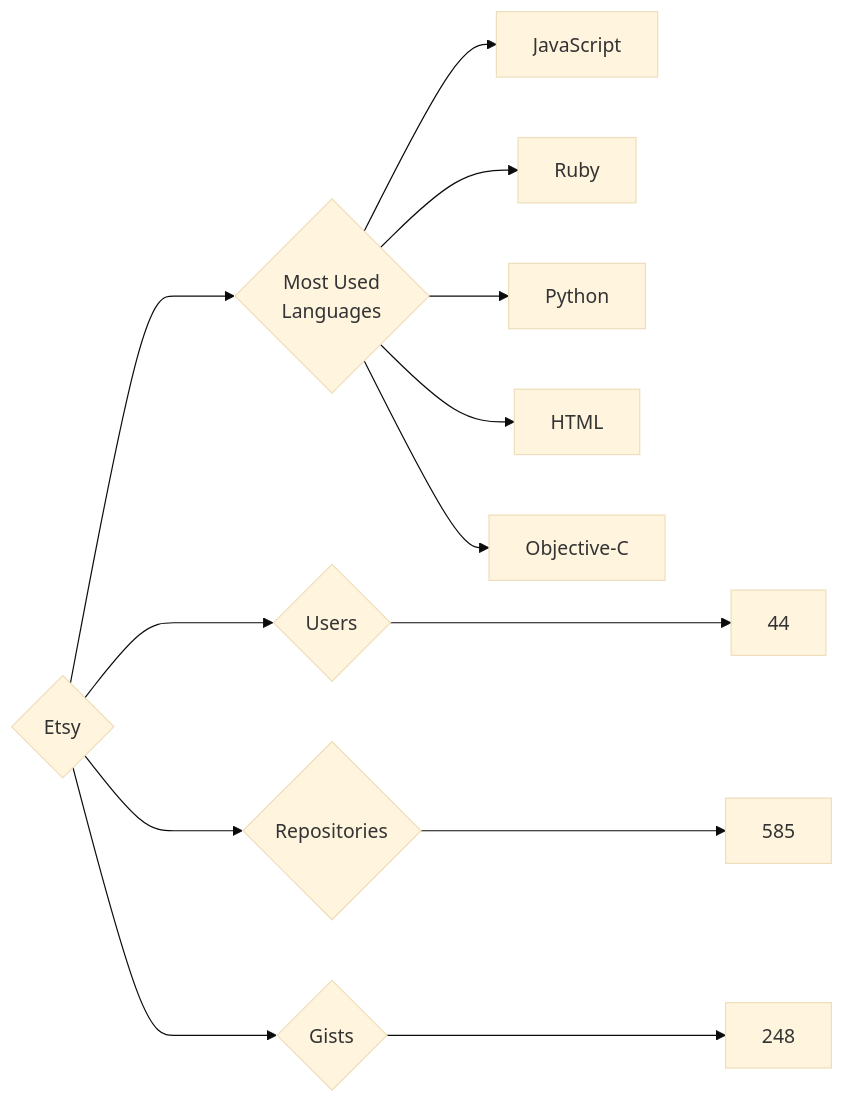
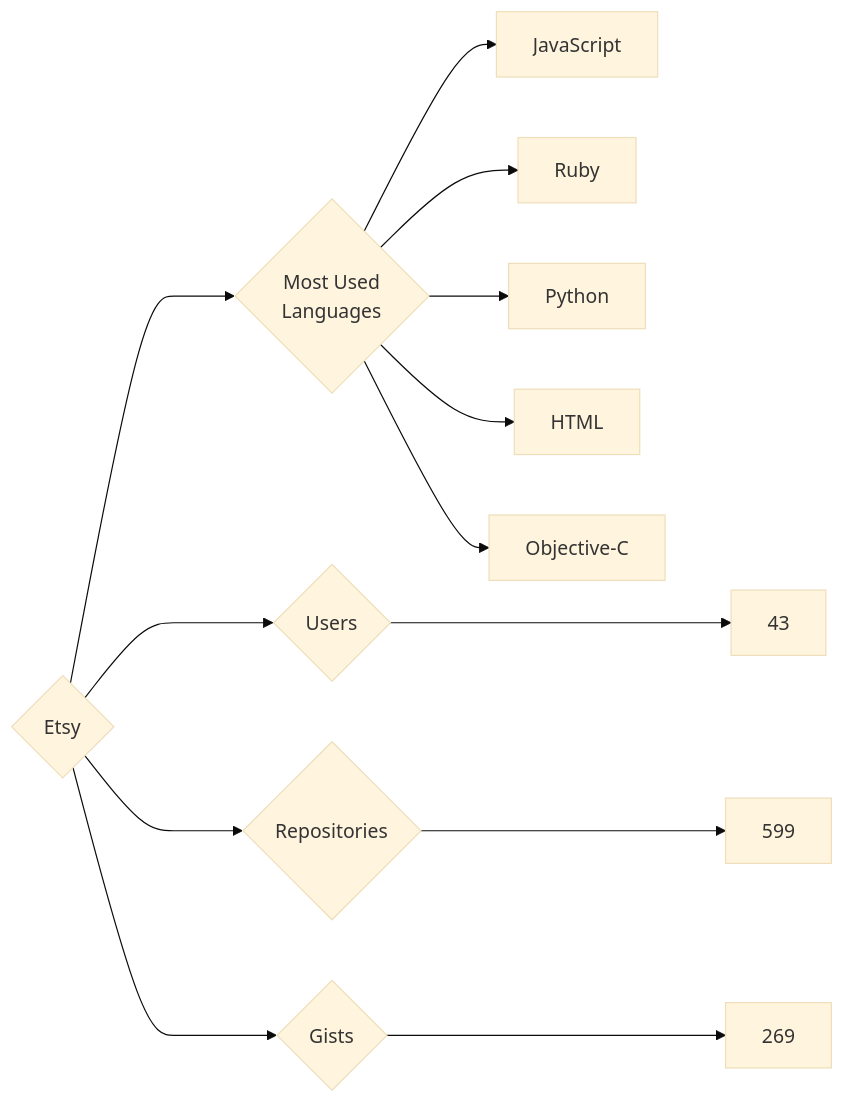
Before and after one commit to trickest/insiders: the diagram in targets/Etsy/README.md, drawn with Mermaid (base theme). The commit also changed 965 other files, not shown here.

````diff
--- a/targets/Etsy/README.md
+++ b/targets/Etsy/README.md
@@ -3,13 +3,13 @@
 ```mermaid
 graph LR
 COMPANY_NAME{Etsy}
-COMPANY_NAME ---> U{Users} ---> UN[44]
-COMPANY_NAME ---> R{Repositories} ---> RN[585]
-COMPANY_NAME ---> G{Gists} ---> GN[248]
+COMPANY_NAME ---> U{Users} ---> UN[43]
+COMPANY_NAME ---> R{Repositories} ---> RN[599]
+COMPANY_NAME ---> G{Gists} ---> GN[269]
 COMPANY_NAME ---> ML{Most Used<br>Languages}
 ML --> JavaScript[JavaScript]
 ML --> Ruby[Ruby]
 ML --> Python[Python]
 ML --> HTML[HTML]
 ML --> Objective-C[Objective-C]
 ```
````
